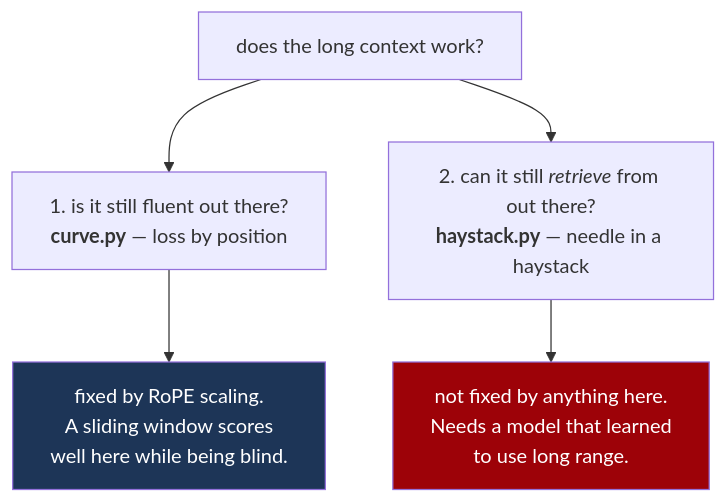
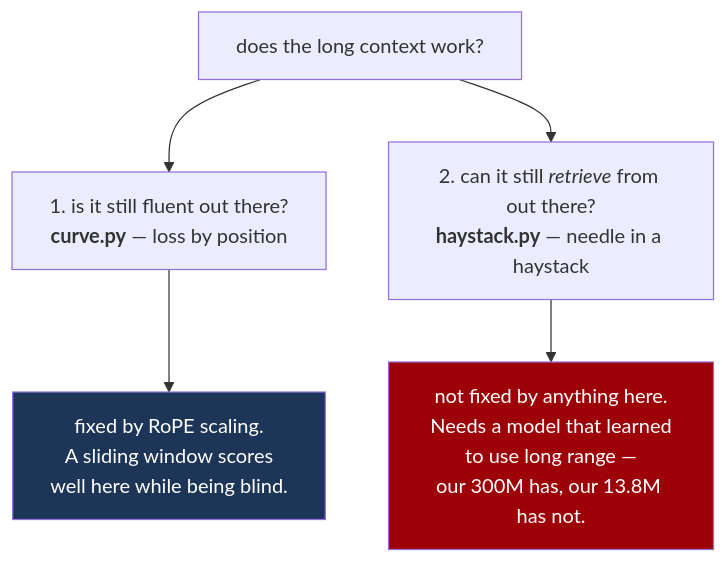
Before and after one commit to kunwarmahen/aksharallm: the fifth of 5 diagrams in docs/18-long-context.md, drawn with Mermaid. The commit also changed other lines of this file and 3 other files, not shown here.

````diff
--- a/docs/18-long-context.md
+++ b/docs/18-long-context.md
@@ -242,9 +268,9 @@
 ```mermaid
 flowchart TB
     Q["does the long context work?"] --> A["1. is it still fluent out there?<br/><b>curve.py</b> — loss by position"]
     Q --> B["2. can it still <i>retrieve</i> from out there?<br/><b>haystack.py</b> — needle in a haystack"]
     A --> AR["fixed by RoPE scaling.<br/>A sliding window scores<br/>well here while being blind."]
-    B --> BR["not fixed by anything here.<br/>Needs a model that learned<br/>to use long range."]
+    B --> BR["not fixed by anything here.<br/>Needs a model that learned<br/>to use long range —<br/>our 300M has, our 13.8M has not."]
     style AR fill:#1d3557,color:#fff
     style BR fill:#9d0208,color:#fff
 ```
````
